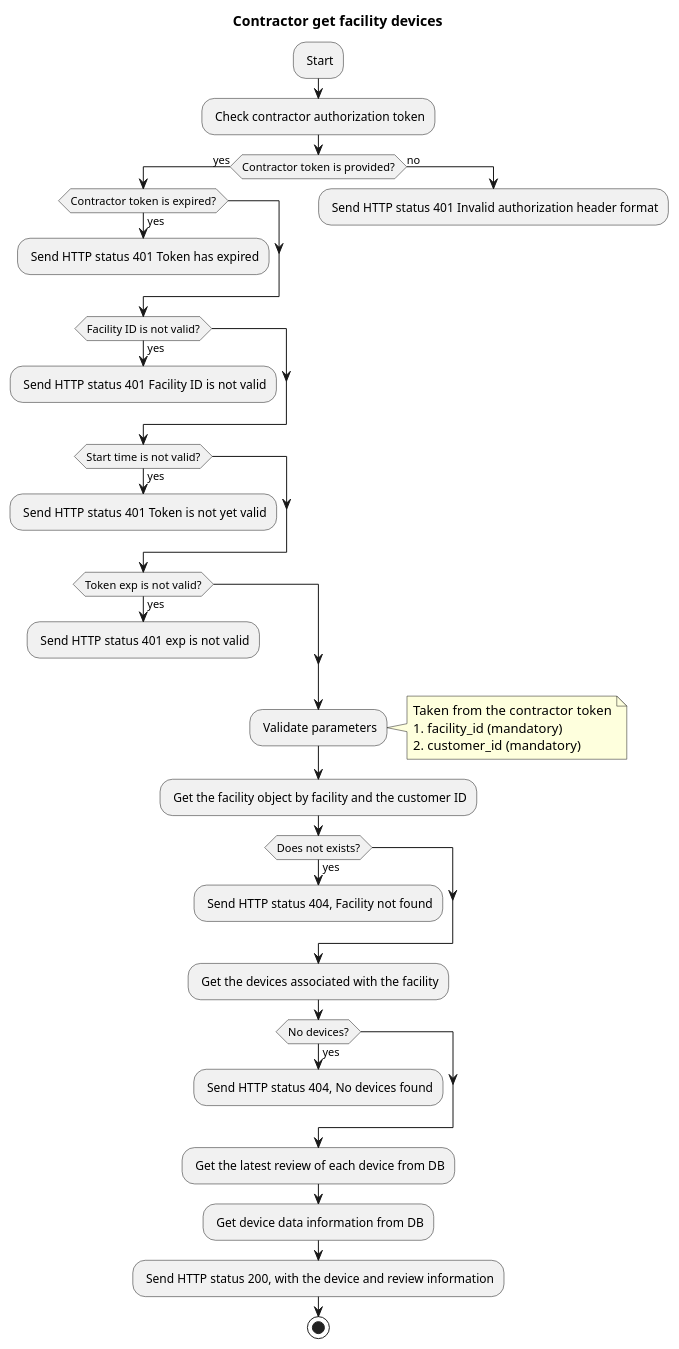
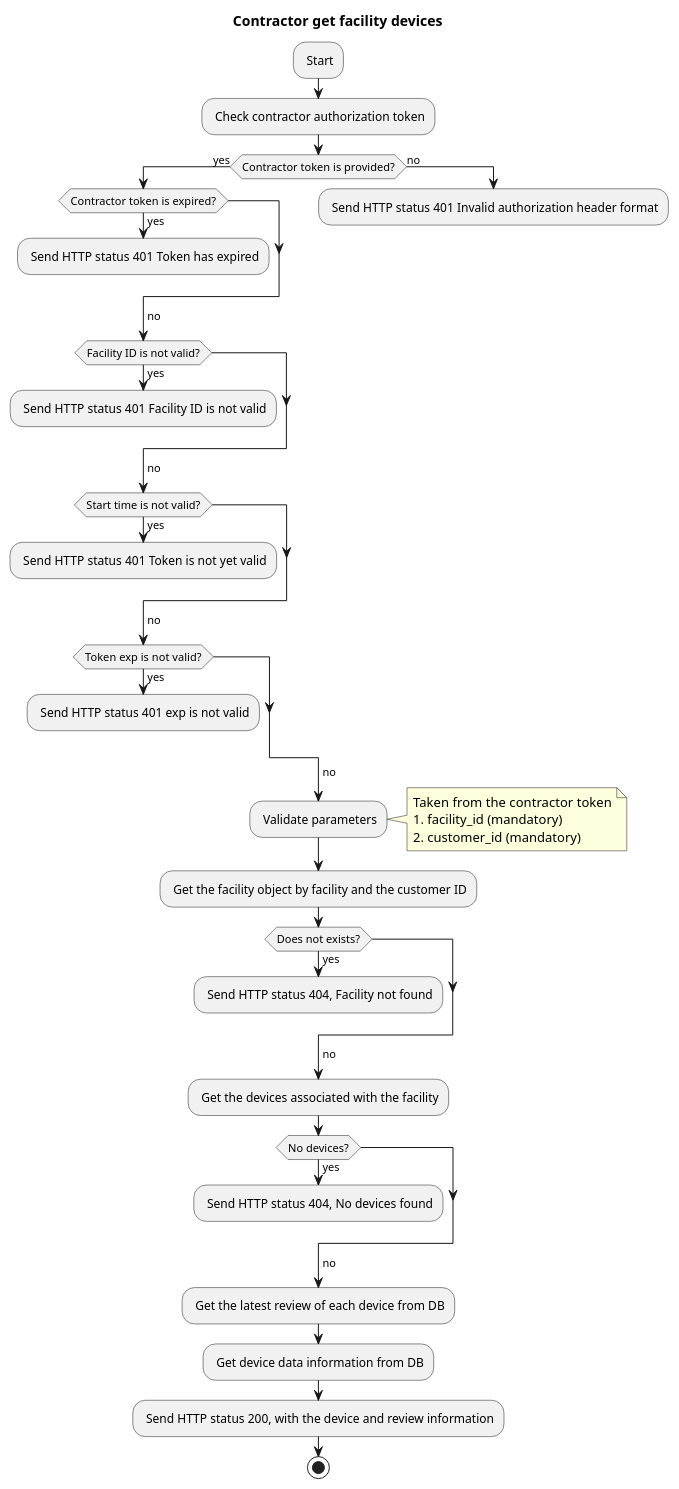
Before and after one commit to SonySemiconductorSolutions/aitrios-sample-tool-angle-adjustment: the diagram in docsrc/apidocs/api-workflow/api-contractor/contractor-get-facility-devices.puml, drawn with PlantUML. The commit also changed 264 other files, not shown here.

```diff
--- a/docsrc/apidocs/api-workflow/api-contractor/contractor-get-facility-devices.puml
+++ b/docsrc/apidocs/api-workflow/api-contractor/contractor-get-facility-devices.puml
@@ -1,47 +1,54 @@
 @startuml Contractor get facility devices
 title Contractor get facility devices
 
 : Start;
 : Check contractor authorization token;
 if (Contractor token is provided?) then (yes)
     if (Contractor token is expired?) then (yes)
         : Send HTTP status 401 Token has expired;
         kill
     endif
+    ->no;
     if (Facility ID is not valid?) then (yes)
         : Send HTTP status 401 Facility ID is not valid;
         kill
     endif
+    ->no;
     if (Start time is not valid?) then (yes)
         : Send HTTP status 401 Token is not yet valid;
         kill
     endif
+    ->no;
     if (Token exp is not valid?) then (yes)
         : Send HTTP status 401 exp is not valid;
         kill
     endif
+    ->no;
 else (no)
     : Send HTTP status 401 Invalid authorization header format;
     kill
 endif
+->no;
 : Validate parameters;
 note right
     Taken from the contractor token
     1. facility_id (mandatory) 
     2. customer_id (mandatory)
 end note
 : Get the facility object by facility and the customer ID;
 if (Does not exists?) then (yes)
     : Send HTTP status 404, Facility not found;
     kill
 endif
+->no;
 : Get the devices associated with the facility;
 if (No devices?) then (yes)
     : Send HTTP status 404, No devices found;
     kill
 endif
+->no;
 : Get the latest review of each device from DB;
 : Get device data information from DB;
 : Send HTTP status 200, with the device and review information;
 stop
 @enduml
```
